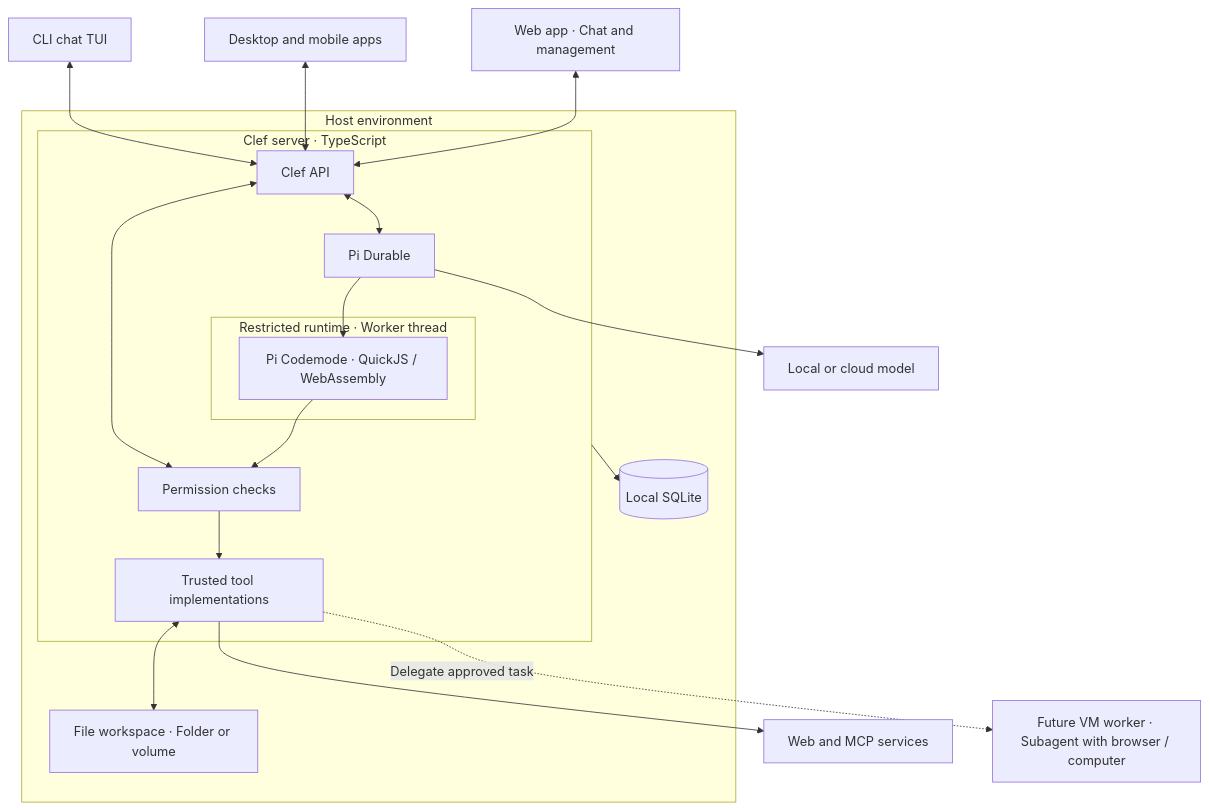
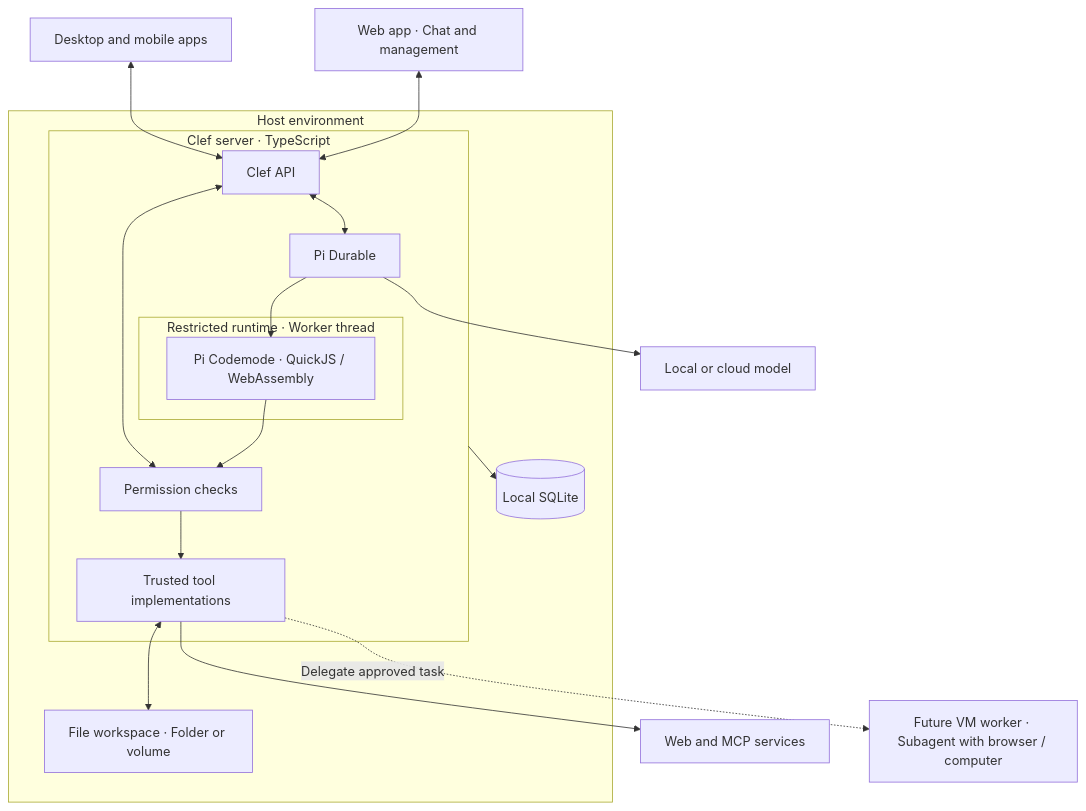
One commit to davidhariri/clef changed the first of 3 diagrams in ARCHITECTURE.md. Above: the diagram before and after it, drawn with Mermaid. The commit also changed other lines of this file and 14 other files, not shown here.

````diff
--- a/ARCHITECTURE.md
+++ b/ARCHITECTURE.md
@@ -5,31 +5,30 @@
 ```mermaid
 flowchart TB
-    tui["CLI chat TUI"] <--> api
     apps["Desktop and mobile apps"] <--> api
     web["Web app · Chat and management"] <--> api
 
     subgraph host["Host environment"]
         subgraph server["Clef server · TypeScript"]
             api["Clef API"]
             agent["Pi Durable"]
             subgraph sandbox["Restricted runtime · Worker thread"]
                 code["Pi Codemode · QuickJS / WebAssembly"]
             end
             permissions["Permission checks"]
             tools["Trusted tool implementations"]
             api <--> agent
             api <--> permissions
             agent --> code
             code --> permissions
             permissions --> tools
         end
         database[("Local SQLite")]
         files["File workspace · Folder or volume"]
         server --> database
         tools <--> files
     end
 
     agent --> models["Local or cloud model"]
     tools --> services["Web and MCP services"]
     tools -. "Delegate approved task" .-> vm["Future VM worker · Subagent with browser / computer"]
 ```
````
